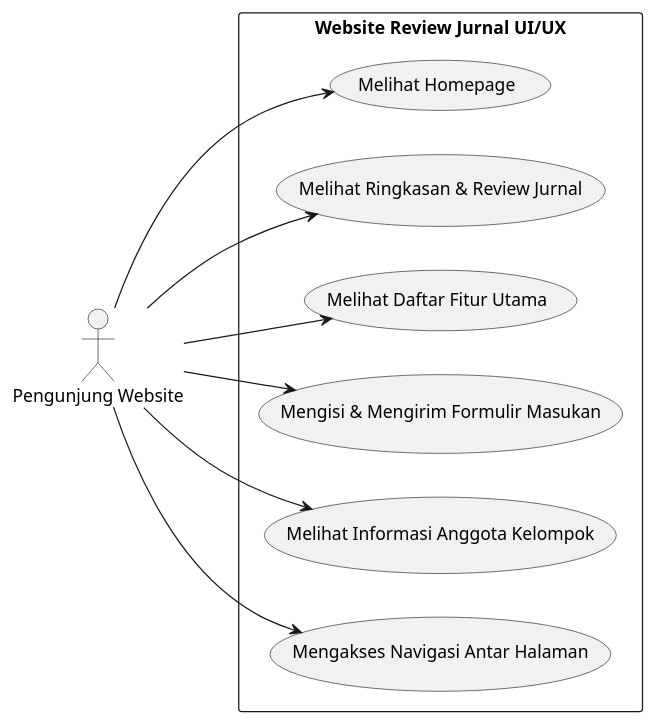
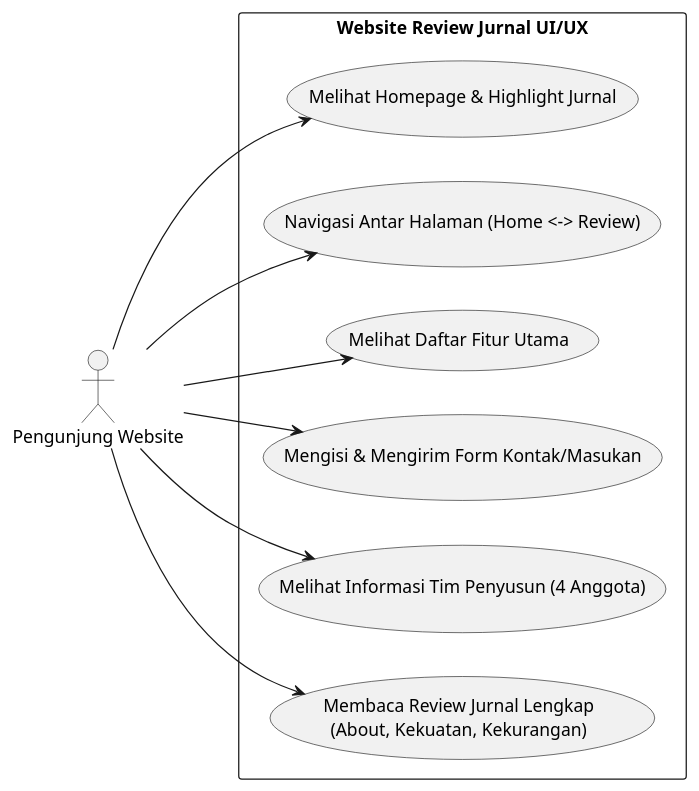
Before and after one commit to Randirozikin140/PAW-Week2-Kelompok1-KelasC: the diagram in Use Case Diagram.puml, drawn with PlantUML. The commit also changed 4 other files, not shown here.

Commit message:
Refactor diagrams and update entity attributes for clarity and consistency

```diff
--- a/Use Case Diagram.puml
+++ b/Use Case Diagram.puml
@@ -1,20 +1,20 @@
 @startuml
 left to right direction
 actor "Pengunjung Website" as User
 
 rectangle "Website Review Jurnal UI/UX" {
-    usecase "Melihat Homepage" as UC1
-    usecase "Melihat Ringkasan & Review Jurnal" as UC2
+    usecase "Melihat Homepage & Highlight Jurnal" as UC1
+    usecase "Navigasi Antar Halaman (Home <-> Review)" as UC2
     usecase "Melihat Daftar Fitur Utama" as UC3
-    usecase "Mengisi & Mengirim Formulir Masukan" as UC4
-    usecase "Melihat Informasi Anggota Kelompok" as UC5
-    usecase "Mengakses Navigasi Antar Halaman" as UC6
+    usecase "Mengisi & Mengirim Form Kontak/Masukan" as UC4
+    usecase "Melihat Informasi Tim Penyusun (4 Anggota)" as UC5
+    usecase "Membaca Review Jurnal Lengkap\n(About, Kekuatan, Kekurangan)" as UC6
 }
 
 User --> UC1
 User --> UC2
 User --> UC3
 User --> UC4
 User --> UC5
 User --> UC6
 @enduml
```
